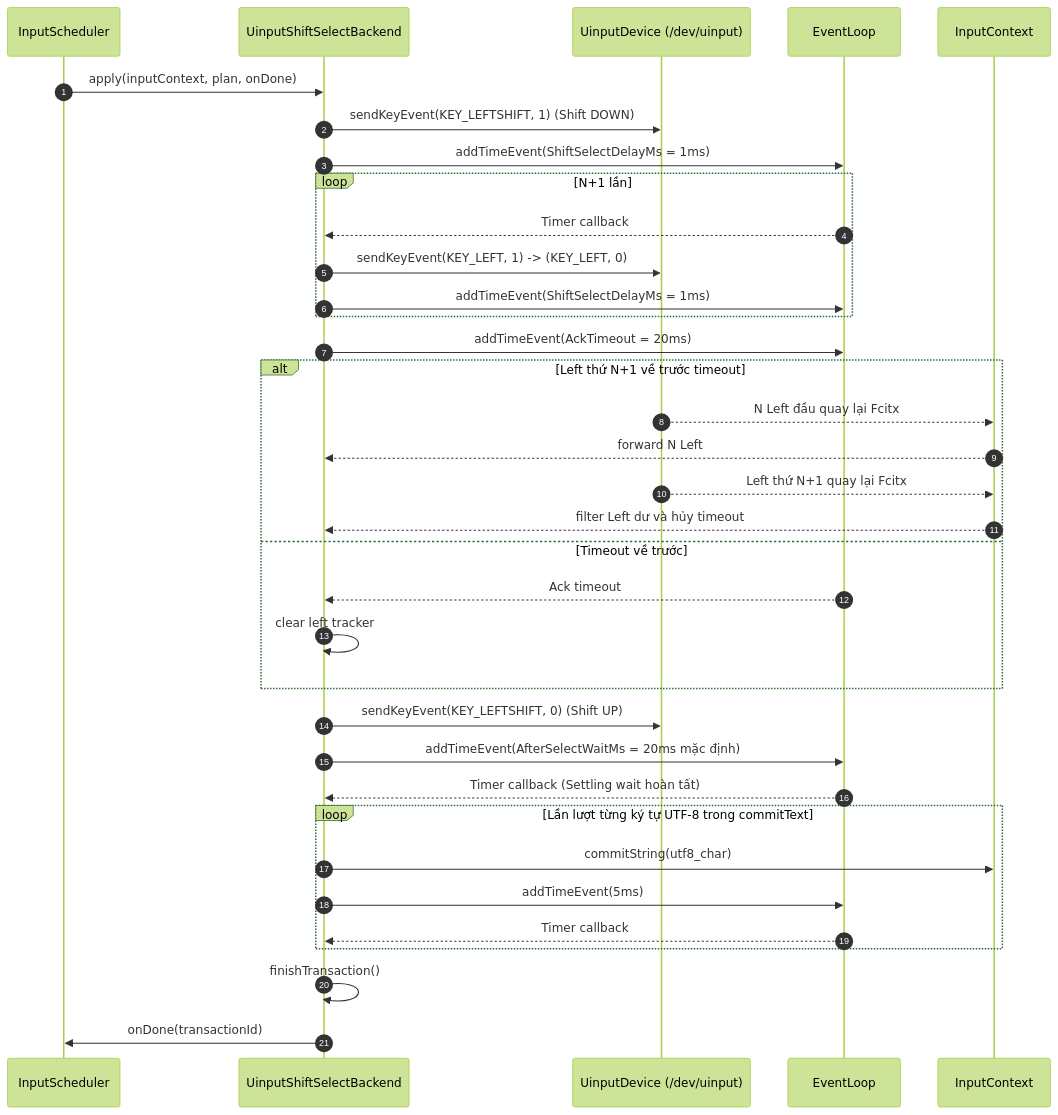
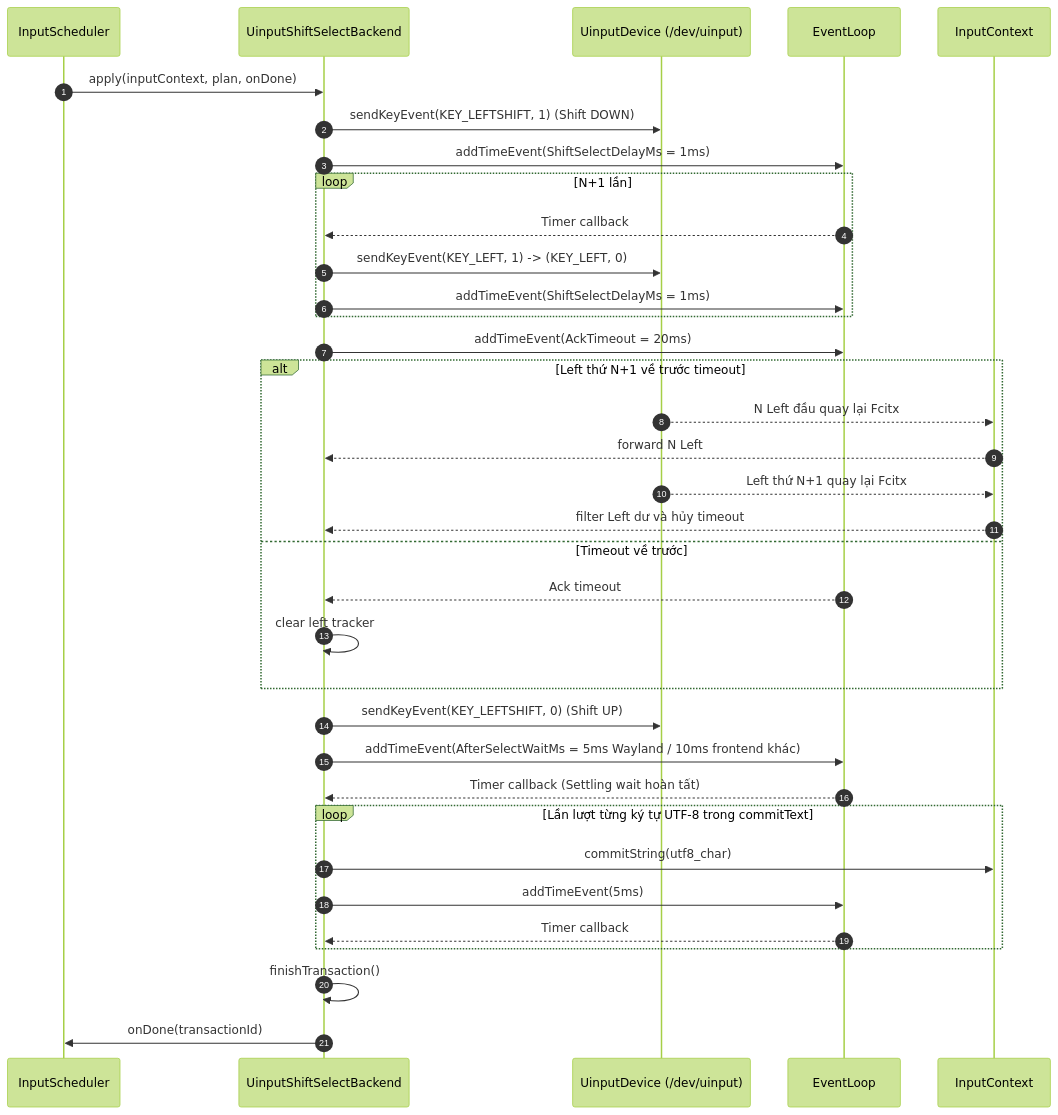
Before and after one commit to xhkzeroone/ArecaIME: the third of 6 diagrams in docs/ARCHITECTURE.md, drawn with Mermaid (forest theme). The commit also changed 7 other files, not shown here.

````diff
--- a/docs/ARCHITECTURE.md
+++ b/docs/ARCHITECTURE.md
@@ -345,43 +345,43 @@
 ```mermaid
 sequenceDiagram
     autonumber
     participant S as InputScheduler
     participant B as UinputShiftSelectBackend
     participant DEV as UinputDevice (/dev/uinput)
     participant EL as EventLoop
     participant IC as InputContext
 
     S->>B: apply(inputContext, plan, onDone)
     B->>DEV: sendKeyEvent(KEY_LEFTSHIFT, 1) (Shift DOWN)
     B->>EL: addTimeEvent(ShiftSelectDelayMs = 1ms)
     
     loop N+1 lần
         EL-->>B: Timer callback
         B->>DEV: sendKeyEvent(KEY_LEFT, 1) -> (KEY_LEFT, 0)
         B->>EL: addTimeEvent(ShiftSelectDelayMs = 1ms)
     end
 
     B->>EL: addTimeEvent(AckTimeout = 20ms)
     alt Left thứ N+1 về trước timeout
         DEV-->>IC: N Left đầu quay lại Fcitx
         IC-->>B: forward N Left
         DEV-->>IC: Left thứ N+1 quay lại Fcitx
         IC-->>B: filter Left dư và hủy timeout
     else Timeout về trước
         EL-->>B: Ack timeout
         B->>B: clear left tracker
     end
     B->>DEV: sendKeyEvent(KEY_LEFTSHIFT, 0) (Shift UP)
-    B->>EL: addTimeEvent(AfterSelectWaitMs = 20ms mặc định)
+    B->>EL: addTimeEvent(AfterSelectWaitMs = 5ms Wayland / 10ms frontend khác)
     
     EL-->>B: Timer callback (Settling wait hoàn tất)
     
     loop Lần lượt từng ký tự UTF-8 trong commitText
         B->>IC: commitString(utf8_char)
         B->>EL: addTimeEvent(5ms)
         EL-->>B: Timer callback
     end
     
     B->>B: finishTransaction()
     B->>S: onDone(transactionId)
 ```
````
